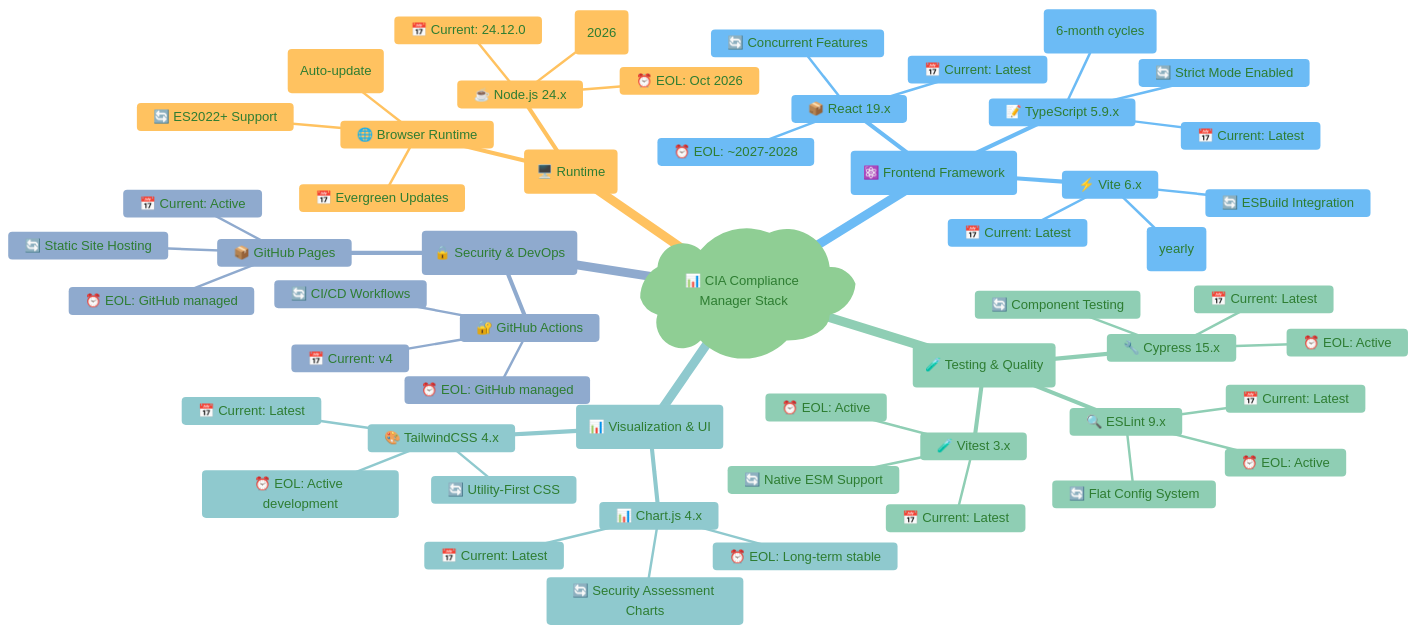
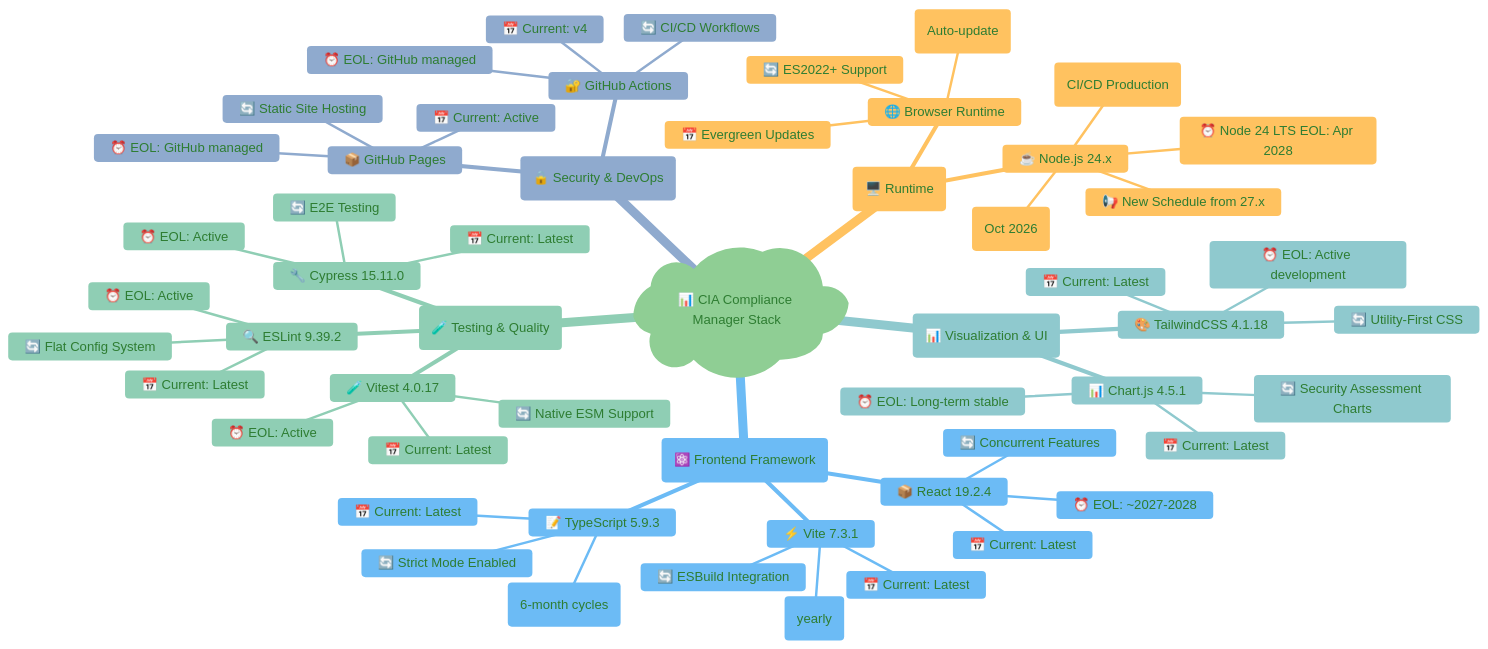
One commit to Hack23/cia-compliance-manager changed the first of 9 diagrams in docs/End-of-Life-Strategy.md. Above: the diagram before and after it, drawn with Mermaid. The commit also changed other lines of this file and 4 other files, not shown here.

First line of the commit message:
docs: Update End-of-Life-Strategy.md with new Node.js release schedule, ISMS alignment, and Node 24 standardization (#1006)

````diff
--- a/docs/End-of-Life-Strategy.md
+++ b/docs/End-of-Life-Strategy.md
@@ -38,69 +51,70 @@
 ```mermaid
 %%{
   init: {
     'theme': 'base',
     'themeVariables': {
       'primaryColor': '#e8f5e9',
       'primaryTextColor': '#2e7d32',
       'lineColor': '#4caf50',
       'secondaryColor': '#fff3e0',
       'tertiaryColor': '#e3f2fd'
     }
   }
 }%%
 mindmap
   root)📊 CIA Compliance Manager Stack(
     (🖥️ Runtime)
       ☕ Node.js 24.x
-        📅 Current: 24.12.0
-        ⏰ EOL: Oct 2026
-        🔄 Next LTS: 26.x (2026)
+        📅 Current: 24.x (CI/CD Production)
+        ⏰ Node 24 LTS EOL: Apr 2028
+        🔄 Next LTS: Node 26 (Oct 2026)
+        📢 New Schedule from 27.x
       🌐 Browser Runtime
         📅 Evergreen Updates
         ⏰ EOL: N/A (Auto-update)
         🔄 ES2022+ Support
     (⚛️ Frontend Framework)
-      📦 React 19.x
+      📦 React 19.2.4
         📅 Current: Latest
         ⏰ EOL: ~2027-2028
         🔄 Concurrent Features
-      📝 TypeScript 5.9.x
+      📝 TypeScript 5.9.3
         📅 Current: Latest
         ⏰ EOL: Active (6-month cycles)
         🔄 Strict Mode Enabled
-      ⚡ Vite 6.x
+      ⚡ Vite 7.3.1
         📅 Current: Latest
         ⏰ EOL: Active (yearly)
         🔄 ESBuild Integration
     (🧪 Testing & Quality)
-      🧪 Vitest 3.x
+      🧪 Vitest 4.0.17
         📅 Current: Latest
         ⏰ EOL: Active
         🔄 Native ESM Support
-      🔧 Cypress 15.x
+      🔧 Cypress 15.11.0
         📅 Current: Latest
         ⏰ EOL: Active
-        🔄 Component Testing
-      🔍 ESLint 9.x
+        🔄 E2E Testing
+      🔍 ESLint 9.39.2
         📅 Current: Latest
         ⏰ EOL: Active
         🔄 Flat Config System
     (📊 Visualization & UI)
-      📊 Chart.js 4.x
+      📊 Chart.js 4.5.1
         📅 Current: Latest
         ⏰ EOL: Long-term stable
         🔄 Security Assessment Charts
-      🎨 TailwindCSS 4.x
+      🎨 TailwindCSS 4.1.18
         📅 Current: Latest
         ⏰ EOL: Active development
         🔄 Utility-First CSS
     (🔒 Security & DevOps)
       🔐 GitHub Actions
         📅 Current: v4
         ⏰ EOL: GitHub managed
         🔄 CI/CD Workflows
       📦 GitHub Pages
         📅 Current: Active
         ⏰ EOL: GitHub managed
         🔄 Static Site Hosting
 ```
````
